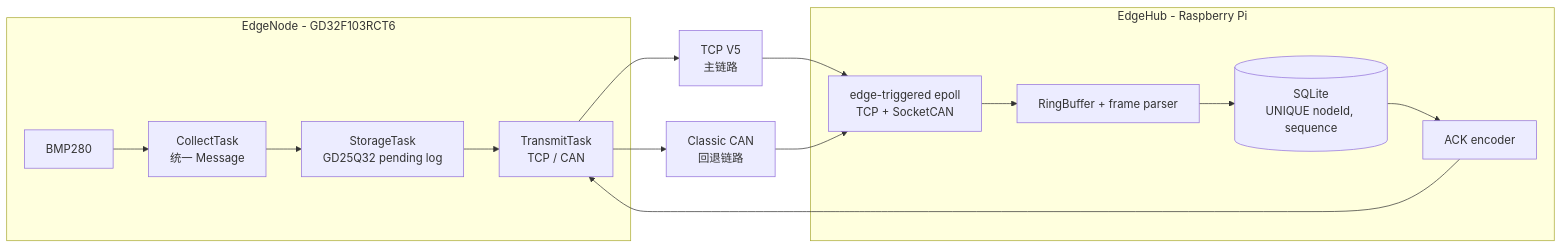
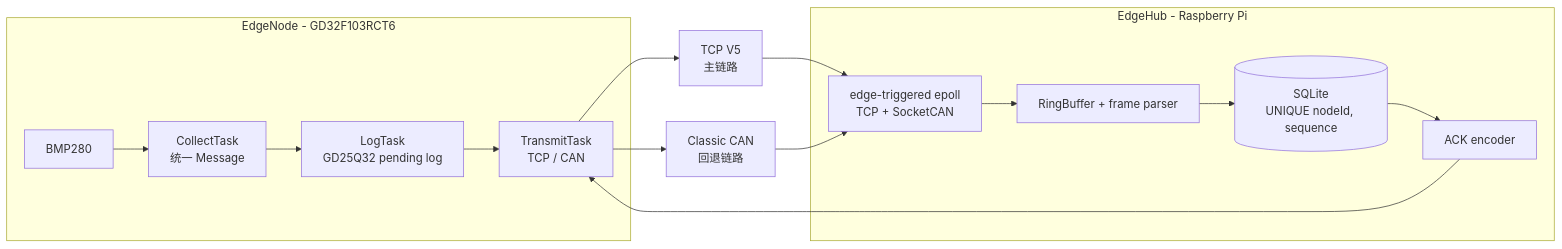
The first of 2 diagrams in README.md (xccloop/EdgeLink), drawn with Mermaid before and after one commit. The commit also changed other lines of this file, not shown here.

````diff
--- a/README.md
+++ b/README.md
@@ -103,27 +108,27 @@
 ```mermaid
 flowchart LR
     subgraph Node[EdgeNode - GD32F103RCT6]
         Sensor[BMP280]
         Collect[CollectTask\n统一 Message]
-        Storage[StorageTask\nGD25Q32 pending log]
+        Log[LogTask\nGD25Q32 pending log]
         Tx[TransmitTask\nTCP / CAN]
-        Sensor --> Collect --> Storage --> Tx
+        Sensor --> Collect --> Log --> Tx
     end
 
     Tcp[TCP V5\n主链路]
     Can[Classic CAN\n回退链路]
     Tx --> Tcp
     Tx --> Can
 
     subgraph Hub[EdgeHub - Raspberry Pi]
         Epoll[edge-triggered epoll\nTCP + SocketCAN]
         Parser[RingBuffer + frame parser]
         Db[(SQLite\nUNIQUE nodeId, sequence)]
         Ack[ACK encoder]
         Epoll --> Parser --> Db --> Ack
     end
 
     Tcp --> Epoll
     Can --> Epoll
     Ack --> Tx
 ```
````
